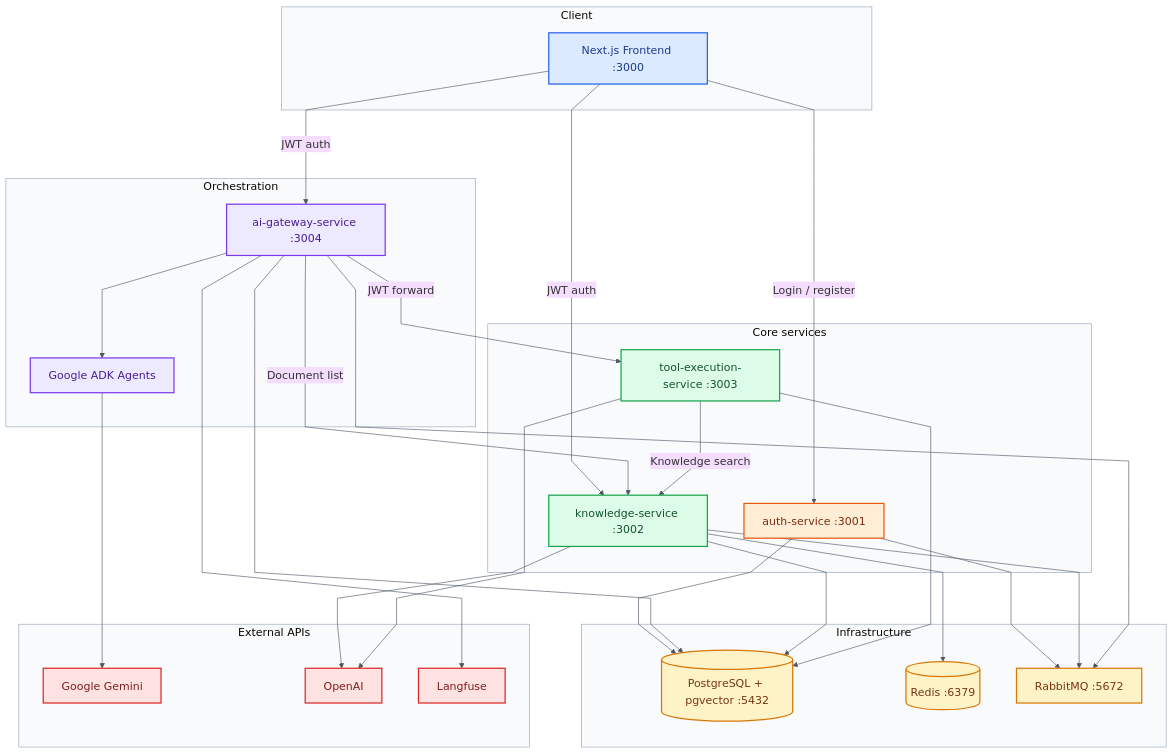
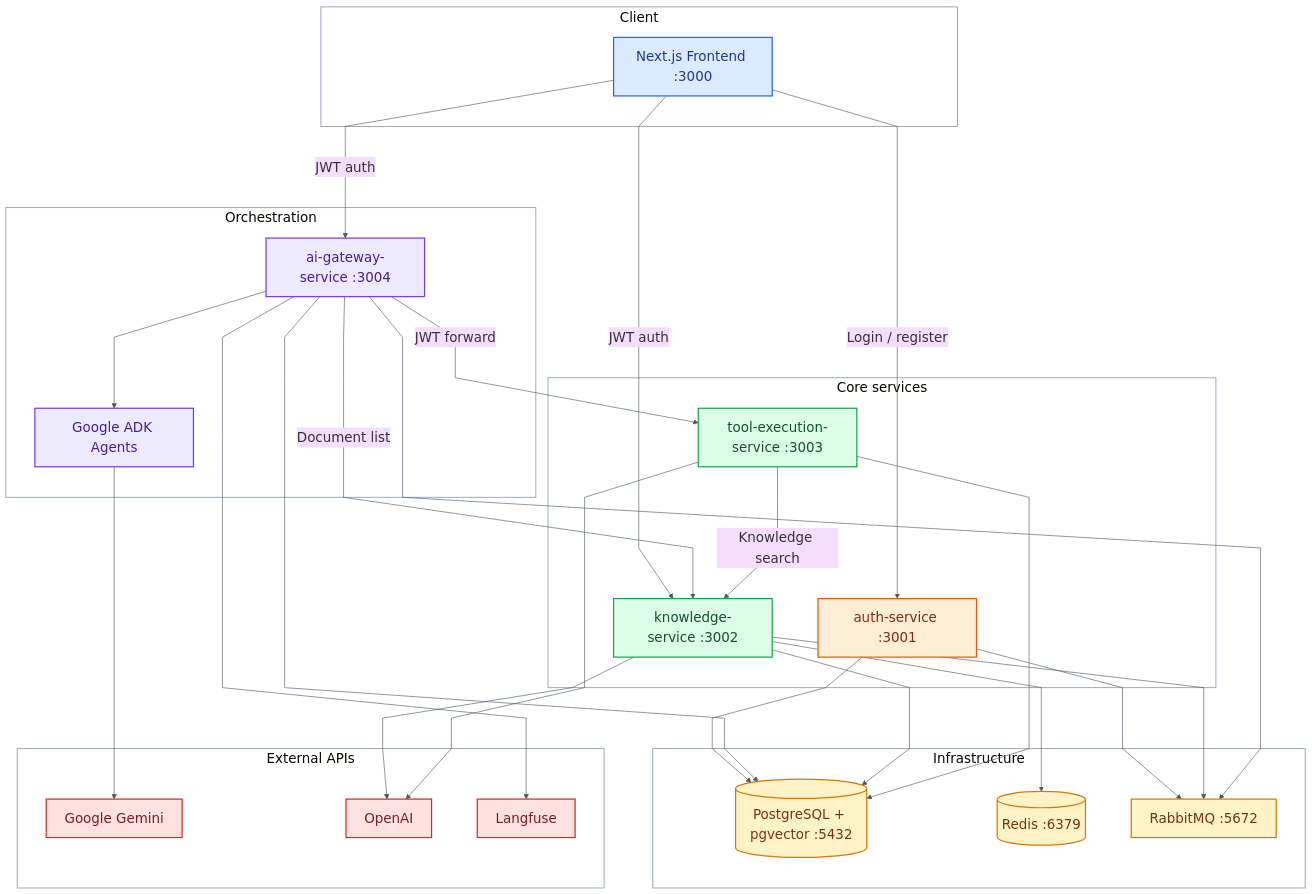
Before and after one commit to Danilka-Akarawita/Assignment: the first of 2 diagrams in README.md, drawn with Mermaid.

Commit message:
modified the diagram

````diff
--- a/README.md
+++ b/README.md
@@ -34,69 +34,75 @@
 ```mermaid
-%%{init: {'theme':'base','flowchart': {'curve':'linear','nodeSpacing': 60,'rankSpacing': 85},'themeVariables': {'fontFamily':'Arial','fontSize':'18px','lineColor':'#4b5563','clusterBkg':'#f8fafc','clusterBorder':'#94a3b8'}}}%%
+%%{init: {'theme':'base','flowchart': {'curve':'linear','nodeSpacing': 75,'rankSpacing': 100},'themeVariables': {'fontFamily':'Arial','fontSize':'22px','lineColor':'#4b5563','clusterBkg':'transparent','clusterBorder':'#94a3b8'}}}%%
 flowchart TB
   subgraph client [Client]
     FE[Next.js Frontend :3000]
   end
 
   subgraph gateway [Orchestration]
     GW[ai-gateway-service :3004]
     ADK[Google ADK Agents]
     GW --> ADK
   end
 
   subgraph core [Core services]
     AUTH[auth-service :3001]
     KNOW[knowledge-service :3002]
     TOOLS[tool-execution-service :3003]
   end
 
   subgraph infra [Infrastructure]
     PG[(PostgreSQL + pgvector :5432)]
     REDIS[(Redis :6379)]
     RMQ[RabbitMQ :5672]
   end
 
   subgraph external [External APIs]
     GEMINI[Google Gemini]
     OPENAI[OpenAI]
     LF[Langfuse]
   end
 
   FE -->|Login / register| AUTH
   FE -->|JWT auth| GW
   FE -->|JWT auth| KNOW
 
   GW -->|Document list| KNOW
   GW -->|JWT forward| TOOLS
   TOOLS -->|Knowledge search| KNOW
 
   AUTH --> PG
   GW --> PG
   KNOW --> PG
   TOOLS --> PG
 
   KNOW --> REDIS
   KNOW --> OPENAI
   TOOLS --> OPENAI
 
   AUTH --> RMQ
   KNOW --> RMQ
   GW --> RMQ
 
   ADK --> GEMINI
   GW --> LF
 
+  style client fill:transparent,stroke:#94a3b8,stroke-width:1.5px
+  style gateway fill:transparent,stroke:#94a3b8,stroke-width:1.5px
+  style core fill:transparent,stroke:#94a3b8,stroke-width:1.5px
+  style infra fill:transparent,stroke:#94a3b8,stroke-width:1.5px
+  style external fill:transparent,stroke:#94a3b8,stroke-width:1.5px
+
   classDef ui fill:#dbeafe,stroke:#2563eb,color:#1e3a8a,stroke-width:2px;
   classDef auth fill:#ffedd5,stroke:#ea580c,color:#7c2d12,stroke-width:2px;
   classDef gateway fill:#ede9fe,stroke:#7c3aed,color:#4c1d95,stroke-width:2px;
   classDef services fill:#dcfce7,stroke:#16a34a,color:#14532d,stroke-width:2px;
   classDef storage fill:#fef3c7,stroke:#d97706,color:#78350f,stroke-width:2px;
   classDef external fill:#fee2e2,stroke:#dc2626,color:#7f1d1d,stroke-width:2px;
 
   class FE ui;
   class AUTH auth;
   class GW,ADK gateway;
   class KNOW,TOOLS services;
   class PG,REDIS,RMQ storage;
   class GEMINI,OPENAI,LF external;
 ```
````
